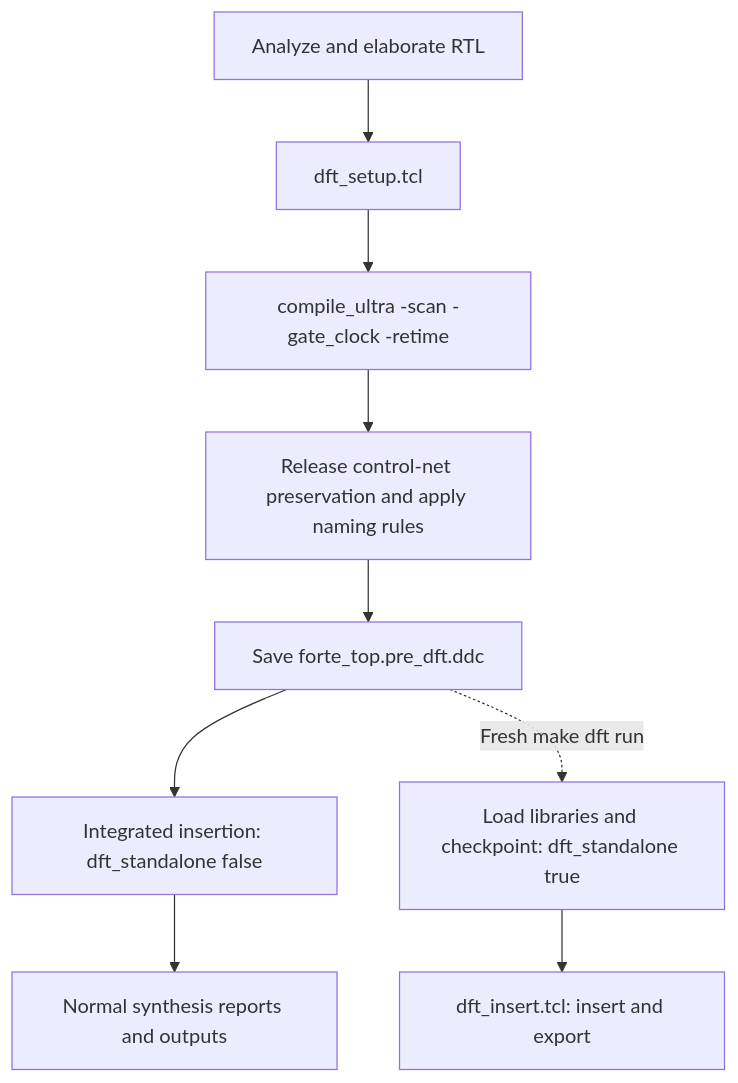
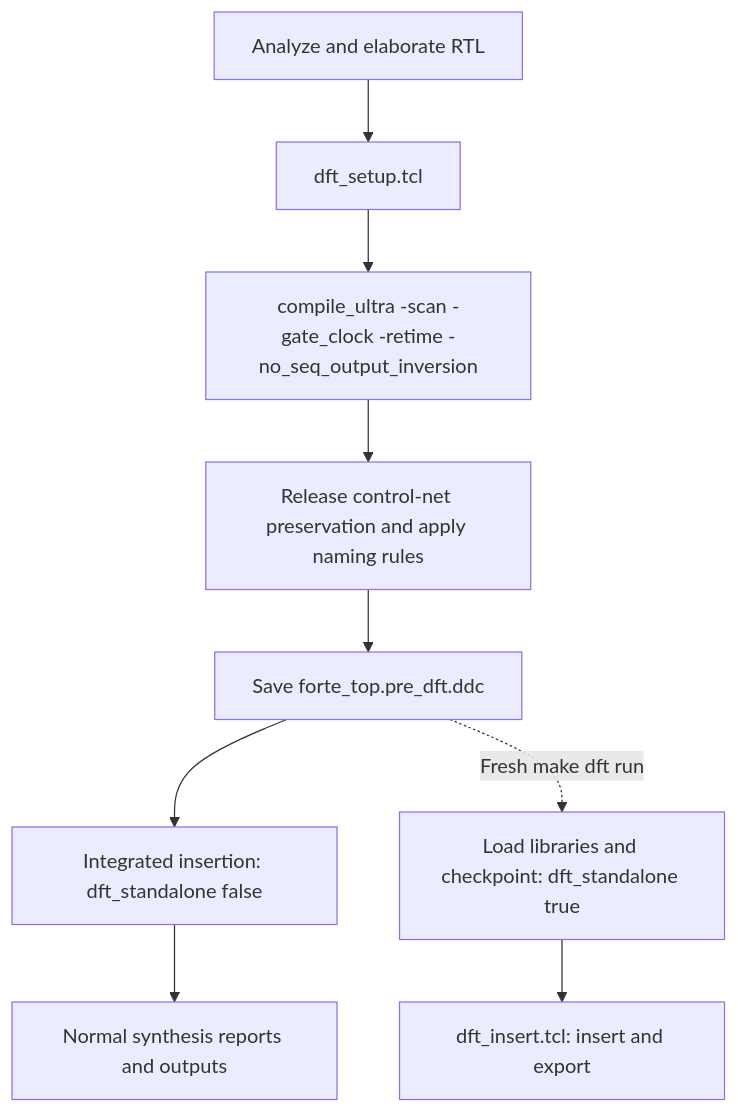
One commit to CoreTyx/AMOEBA changed the diagram in synth/DFT_FLOW.md. Above: the diagram before and after it, drawn with Mermaid. The commit also changed other lines of this file and 13 other files, not shown here.

````diff
--- a/synth/DFT_FLOW.md
+++ b/synth/DFT_FLOW.md
@@ -18,11 +26,11 @@
 ```mermaid
 flowchart TD
     A[Analyze and elaborate RTL] --> B[dft_setup.tcl]
-    B --> C[compile_ultra -scan -gate_clock -retime]
+    B --> C[compile_ultra -scan -gate_clock -retime -no_seq_output_inversion]
     C --> D[Release control-net preservation and apply naming rules]
     D --> E[Save forte_top.pre_dft.ddc]
     E --> F[Integrated insertion: dft_standalone false]
     F --> G[Normal synthesis reports and outputs]
     E -. Fresh make dft run .-> H[Load libraries and checkpoint: dft_standalone true]
     H --> I[dft_insert.tcl: insert and export]
 ```
````
